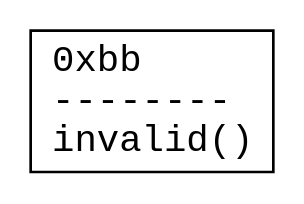
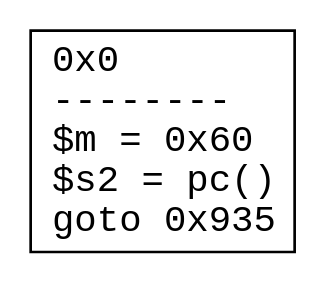
Before and after one commit to IIMP/jota: the diagram in script/temp/temp.dot, drawn with Graphviz. The commit also changed 64 other files, not shown here.

```diff
--- a/script/temp/temp.dot
+++ b/script/temp/temp.dot
@@ -1,4 +1,4 @@
 digraph {
 node [shape=rect,fontname="Courier"];
-15[label="0xbb\l--------\linvalid()\l"];
+0[label="0x0\l--------\l$m = 0x60\l$s2 = pc()\lgoto 0x935\l"];
 }
```
